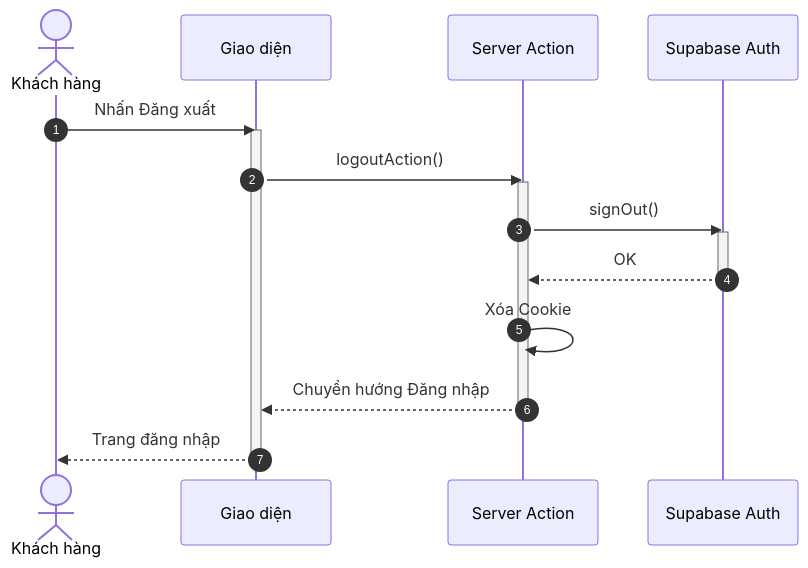
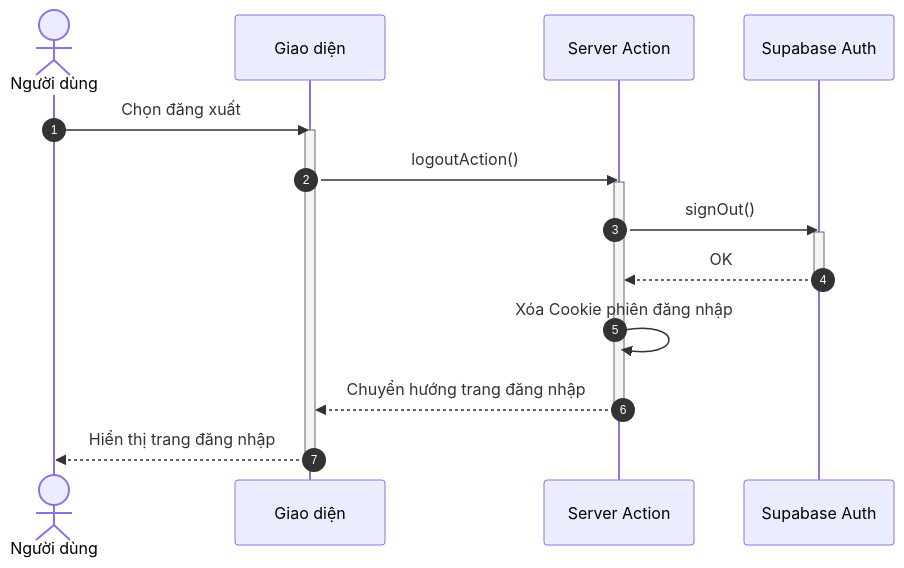
Before and after one commit to ngoctinn/Synapse: the seventh of 7 diagrams in docs/design/sequences/authentication.md, drawn with Mermaid. The commit also changed other lines of this file and 11 other files, not shown here.

Commit message:
docs: Add initial design documentation, including architecture, UI, use cases, and detailed sequence diagrams for various user flows.

````diff
--- a/docs/design/sequences/authentication.md
+++ b/docs/design/sequences/authentication.md
@@ -263,25 +234,25 @@
 ```mermaid
 sequenceDiagram
     autonumber
-    actor KH as Khách hàng
+    actor ND as Người dùng
     participant UI as Giao diện
     participant BFF as Server Action
     participant SUPA as Supabase Auth
 
-    KH->>UI: Nhấn Đăng xuất
+    ND->>UI: Chọn đăng xuất
     activate UI
     UI->>BFF: logoutAction()
     activate BFF
 
     BFF->>SUPA: signOut()
     activate SUPA
     SUPA-->>BFF: OK
     deactivate SUPA
 
-    BFF->>BFF: Xóa Cookie
-    BFF-->>UI: Chuyển hướng Đăng nhập
+    BFF->>BFF: Xóa Cookie phiên đăng nhập
+    BFF-->>UI: Chuyển hướng trang đăng nhập
     deactivate BFF
 
-    UI-->>KH: Trang đăng nhập
+    UI-->>ND: Hiển thị trang đăng nhập
     deactivate UI
 ```
````
